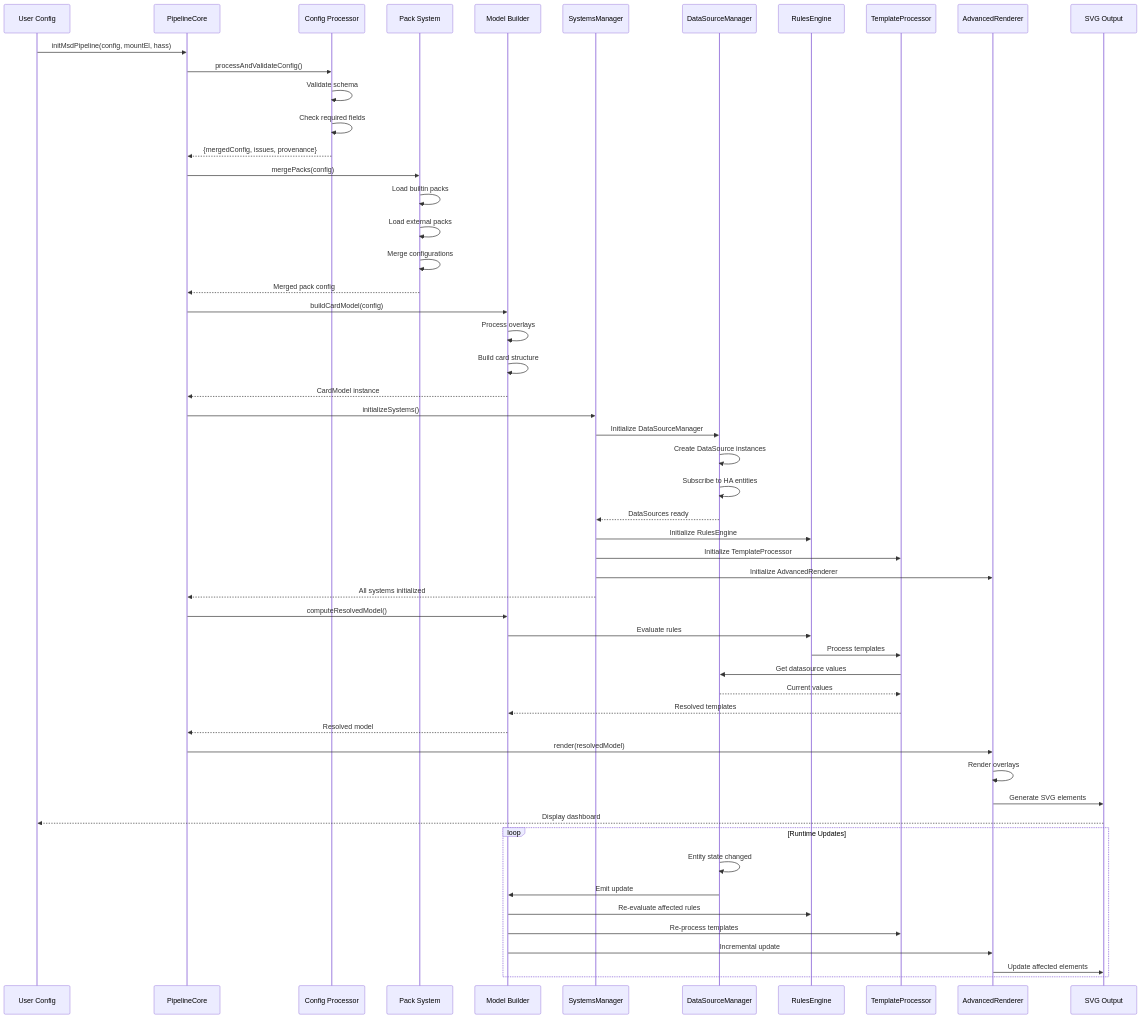
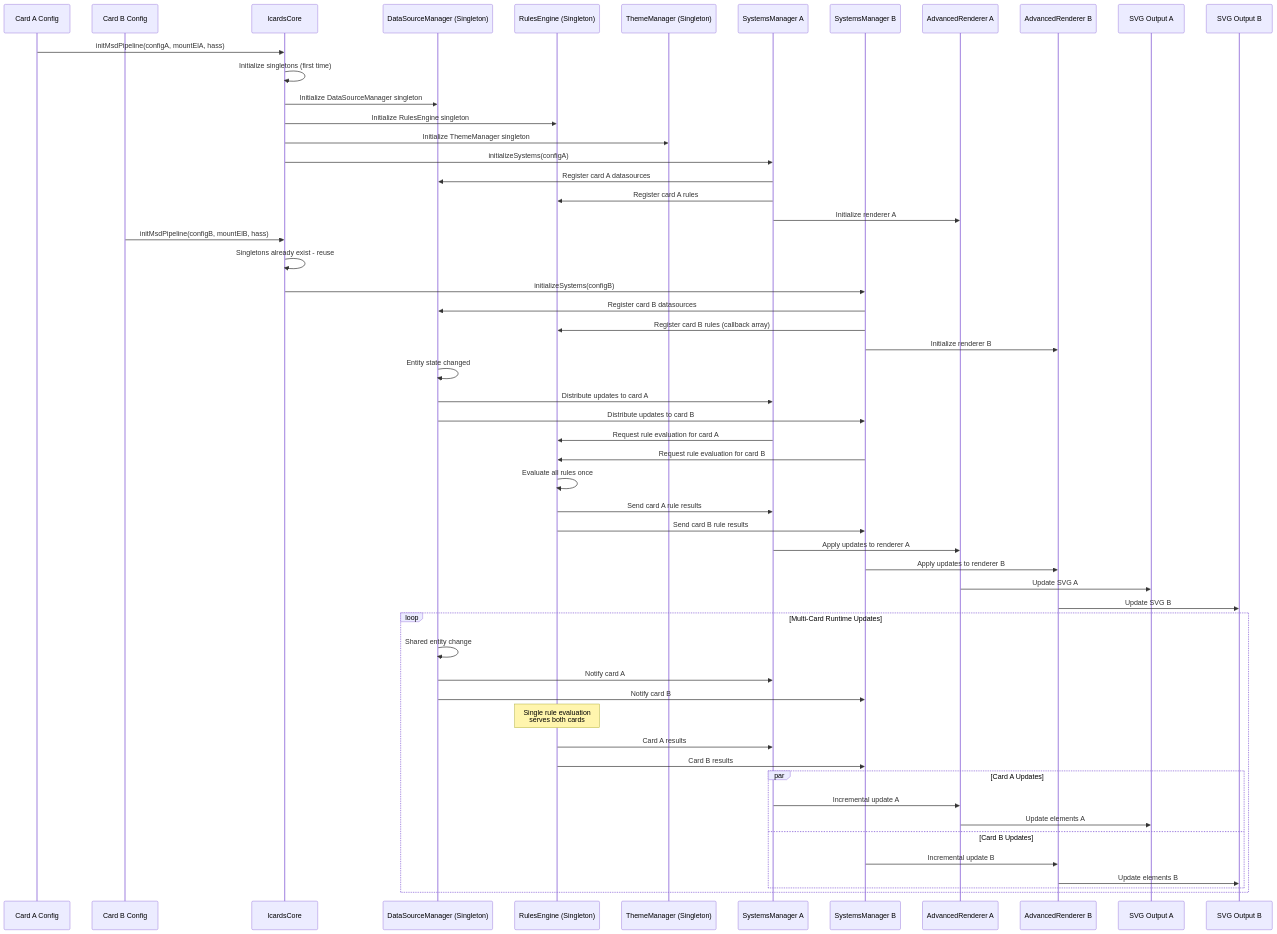
One commit to solhuebner/lcards changed the second of 14 diagrams in doc/architecture/MSD flow.md. Above: the diagram before and after it, drawn with Mermaid. The commit also changed other lines of this file and 15 other files, not shown here.

First line of the commit message:
feat: Refactor architecture to support singleton systems across LCARdS components

````diff
--- a/doc/architecture/MSD flow.md
+++ b/doc/architecture/MSD flow.md
@@ -67,65 +114,72 @@
 ```mermaid
 sequenceDiagram
-    participant User as User Config
-    participant Pipeline as PipelineCore
-    participant Config as Config Processor
-    participant Packs as Pack System
-    participant Model as Model Builder
-    participant Systems as SystemsManager
-    participant DS as DataSourceManager
-    participant Rules as RulesEngine
-    participant Template as TemplateProcessor
-    participant Renderer as AdvancedRenderer
-    participant SVG as SVG Output
+    participant UserA as Card A Config
+    participant UserB as Card B Config
+    participant Core as lcardsCore
+    participant DSM as DataSourceManager (Singleton)
+    participant RE as RulesEngine (Singleton)
+    participant TM as ThemeManager (Singleton)
+    participant SysA as SystemsManager A
+    participant SysB as SystemsManager B
+    participant RendA as AdvancedRenderer A
+    participant RendB as AdvancedRenderer B
+    participant SVGA as SVG Output A
+    participant SVGB as SVG Output B
 
-    User->>Pipeline: initMsdPipeline(config, mountEl, hass)
+    %% First card initialization
+    UserA->>Core: initMsdPipeline(configA, mountElA, hass)
+    Core->>Core: Initialize singletons (first time)
+    Core->>DSM: Initialize DataSourceManager singleton
+    Core->>RE: Initialize RulesEngine singleton
+    Core->>TM: Initialize ThemeManager singleton
 
-    Pipeline->>Config: processAndValidateConfig()
-    Config->>Config: Validate schema
-    Config->>Config: Check required fields
-    Config-->>Pipeline: {mergedConfig, issues, provenance}
+    Core->>SysA: initializeSystems(configA)
+    SysA->>DSM: Register card A datasources
+    SysA->>RE: Register card A rules
+    SysA->>RendA: Initialize renderer A
 
-    Pipeline->>Packs: mergePacks(config)
-    Packs->>Packs: Load builtin packs
-    Packs->>Packs: Load external packs
-    Packs->>Packs: Merge configurations
-    Packs-->>Pipeline: Merged pack config
+    %% Second card initialization
+    UserB->>Core: initMsdPipeline(configB, mountElB, hass)
+    Core->>Core: Singletons already exist - reuse
 
-    Pipeline->>Model: buildCardModel(config)
-    Model->>Model: Process overlays
-    Model->>Model: Build card structure
-    Model-->>Pipeline: CardModel instance
+    Core->>SysB: initializeSystems(configB)
+    SysB->>DSM: Register card B datasources
+    SysB->>RE: Register card B rules (callback array)
+    SysB->>RendB: Initialize renderer B
 
-    Pipeline->>Systems: initializeSystems()
-    Systems->>DS: Initialize DataSourceManager
-    DS->>DS: Create DataSource instances
-    DS->>DS: Subscribe to HA entities
-    DS-->>Systems: DataSources ready
+    %% Shared processing with distribution
+    DSM->>DSM: Entity state changed
+    DSM->>SysA: Distribute updates to card A
+    DSM->>SysB: Distribute updates to card B
 
-    Systems->>Rules: Initialize RulesEngine
-    Systems->>Template: Initialize TemplateProcessor
-    Systems->>Renderer: Initialize AdvancedRenderer
-    Systems-->>Pipeline: All systems initialized
+    SysA->>RE: Request rule evaluation for card A
+    SysB->>RE: Request rule evaluation for card B
 
-    Pipeline->>Model: computeResolvedModel()
-    Model->>Rules: Evaluate rules
-    Rules->>Template: Process templates
-    Template->>DS: Get datasource values
-    DS-->>Template: Current values
-    Template-->>Model: Resolved templates
-    Model-->>Pipeline: Resolved model
+    RE->>RE: Evaluate all rules once
+    RE->>SysA: Send card A rule results
+    RE->>SysB: Send card B rule results
 
-    Pipeline->>Renderer: render(resolvedModel)
-    Renderer->>Renderer: Render overlays
-    Renderer->>SVG: Generate SVG elements
-    SVG-->>User: Display dashboard
+    SysA->>RendA: Apply updates to renderer A
+    SysB->>RendB: Apply updates to renderer B
 
-    loop Runtime Updates
-        DS->>DS: Entity state changed
-        DS->>Model: Emit update
-        Model->>Rules: Re-evaluate affected rules
-        Model->>Template: Re-process templates
-        Model->>Renderer: Incremental update
-        Renderer->>SVG: Update affected elements
+    RendA->>SVGA: Update SVG A
+    RendB->>SVGB: Update SVG B
+
+    loop Multi-Card Runtime Updates
+        DSM->>DSM: Shared entity change
+        DSM->>SysA: Notify card A
+        DSM->>SysB: Notify card B
+
+        Note over RE: Single rule evaluation<br/>serves both cards
+        RE->>SysA: Card A results
+        RE->>SysB: Card B results
+
+        par Card A Updates
+            SysA->>RendA: Incremental update A
+            RendA->>SVGA: Update elements A
+        and Card B Updates
+            SysB->>RendB: Incremental update B
+            RendB->>SVGB: Update elements B
+        end
     end
 ```
````
